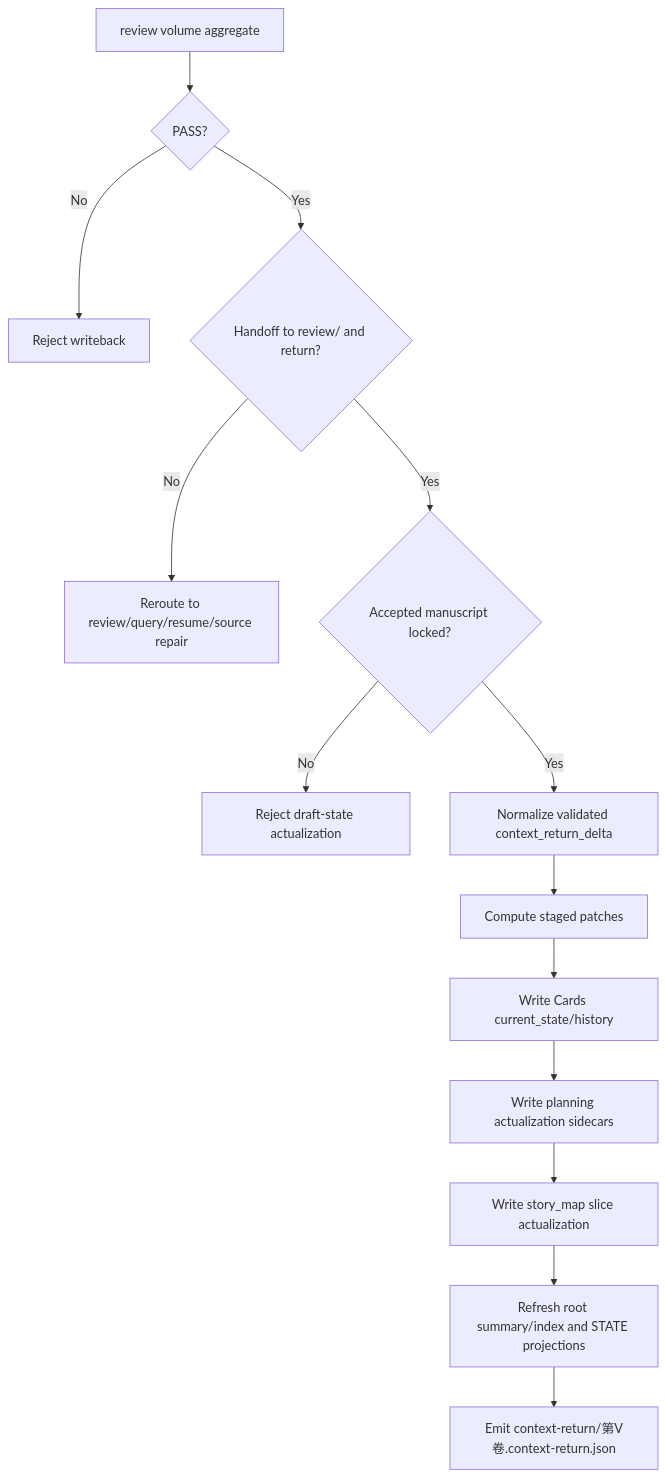
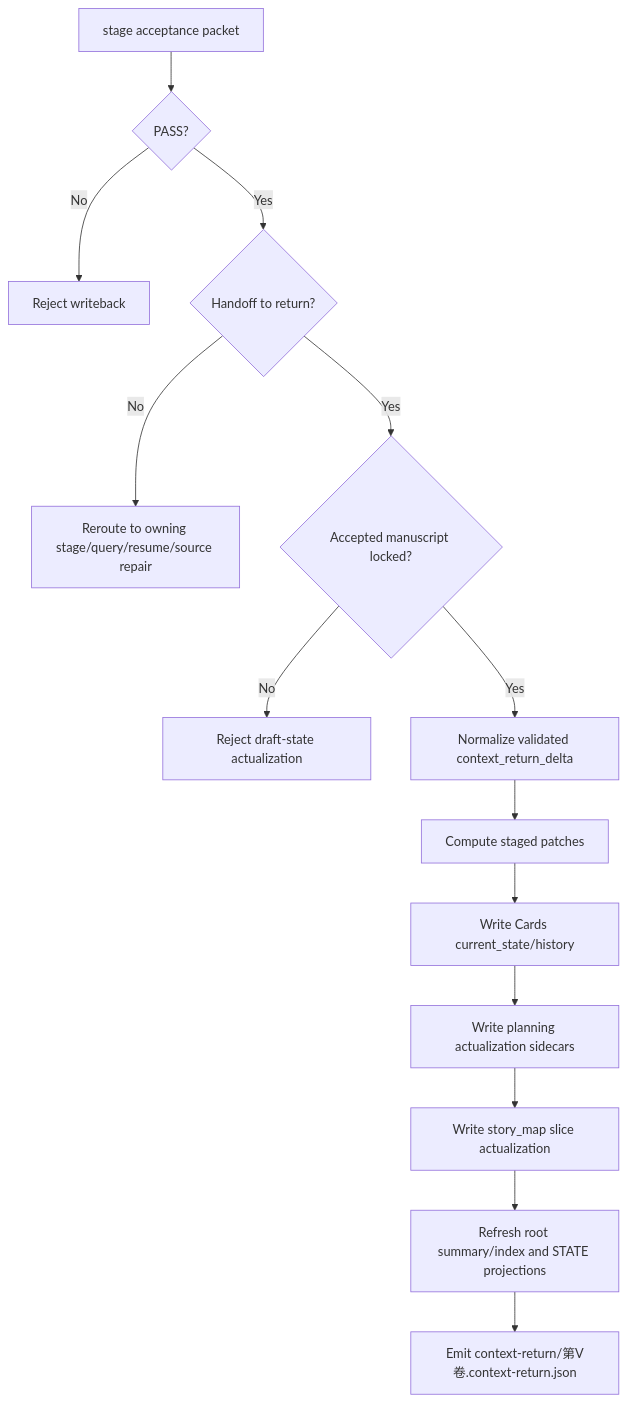
Before and after one commit to ZEN-VOID/AI-CUT: the first of 2 diagrams in .agents/skills/story/return/SKILL.md, drawn with Mermaid. The commit also changed other lines of this file and 573 other files, not shown here.

````diff
--- a/.agents/skills/story/return/SKILL.md
+++ b/.agents/skills/story/return/SKILL.md
@@ -100,16 +98,16 @@
 ```mermaid
 flowchart TD
-    A["review volume aggregate"] --> B{"PASS?"}
+    A["stage acceptance packet"] --> B{"PASS?"}
     B -->|"No"| R1["Reject writeback"]
-    B -->|"Yes"| C{"Handoff to review/ and return?"}
-    C -->|"No"| R2["Reroute to review/query/resume/source repair"]
+    B -->|"Yes"| C{"Handoff to return?"}
+    C -->|"No"| R2["Reroute to owning stage/query/resume/source repair"]
     C -->|"Yes"| D{"Accepted manuscript locked?"}
     D -->|"No"| R3["Reject draft-state actualization"]
     D -->|"Yes"| E["Normalize validated context_return_delta"]
     E --> F["Compute staged patches"]
     F --> G["Write Cards current_state/history"]
     G --> H["Write planning actualization sidecars"]
     H --> I["Write story_map slice actualization"]
     I --> J["Refresh root summary/index and STATE projections"]
     J --> K["Emit context-return/第V卷.context-return.json"]
 ```
````
